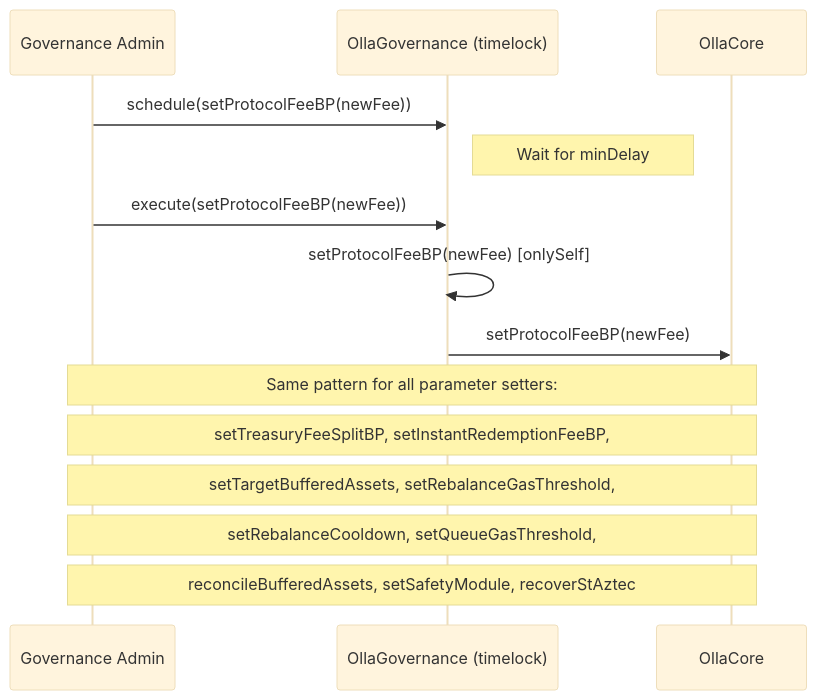
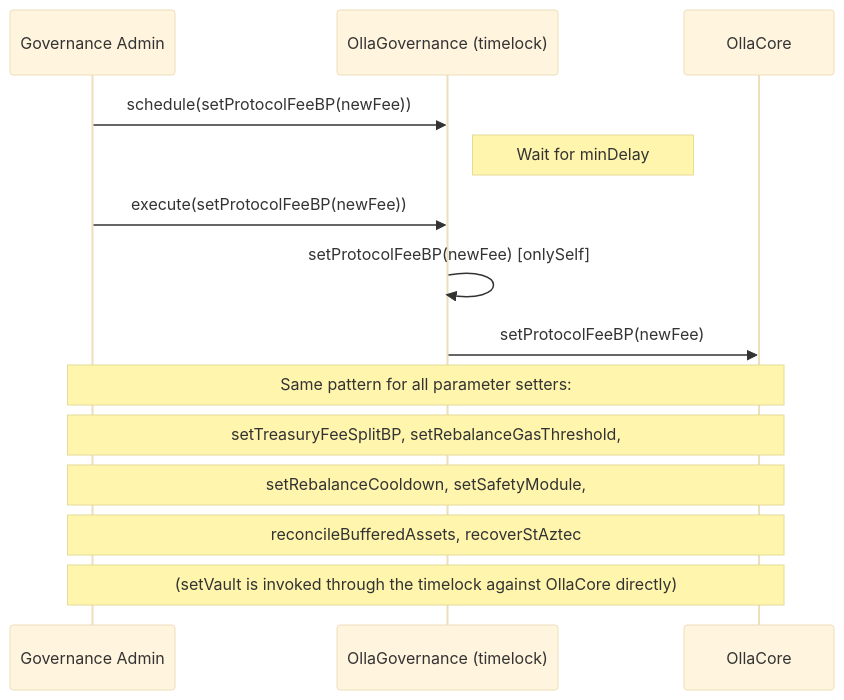
Before and after one commit to ollafinance/core: the first of 7 diagrams in docs/architecture/governance-actions.md, drawn with Mermaid (base theme). The commit also changed other lines of this file and 180 other files, not shown here.

````diff
--- a/docs/architecture/governance-actions.md
+++ b/docs/architecture/governance-actions.md
@@ -9,18 +9,18 @@
 ```mermaid
 sequenceDiagram
     participant GOV as Governance Admin
     participant OG as OllaGovernance (timelock)
     participant C as OllaCore
 
     GOV->>OG: schedule(setProtocolFeeBP(newFee))
     Note right of OG: Wait for minDelay
     GOV->>OG: execute(setProtocolFeeBP(newFee))
     OG->>OG: setProtocolFeeBP(newFee) [onlySelf]
     OG->>C: setProtocolFeeBP(newFee)
 
     Note over GOV,C: Same pattern for all parameter setters:
-    Note over GOV,C: setTreasuryFeeSplitBP, setInstantRedemptionFeeBP,
-    Note over GOV,C: setTargetBufferedAssets, setRebalanceGasThreshold,
-    Note over GOV,C: setRebalanceCooldown, setQueueGasThreshold,
-    Note over GOV,C: reconcileBufferedAssets, setSafetyModule, recoverStAztec
+    Note over GOV,C: setTreasuryFeeSplitBP, setRebalanceGasThreshold,
+    Note over GOV,C: setRebalanceCooldown, setSafetyModule,
+    Note over GOV,C: reconcileBufferedAssets, recoverStAztec
+    Note over GOV,C: (setVault is invoked through the timelock against OllaCore directly)
 ```
````
